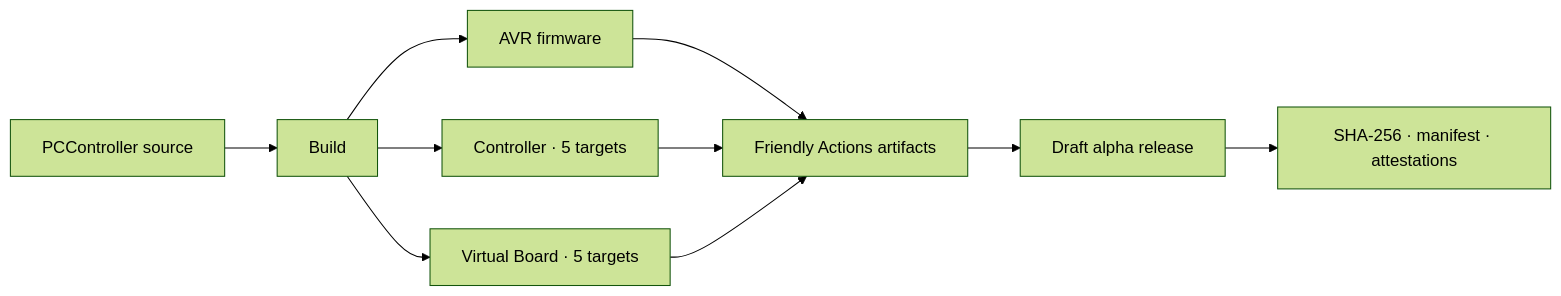
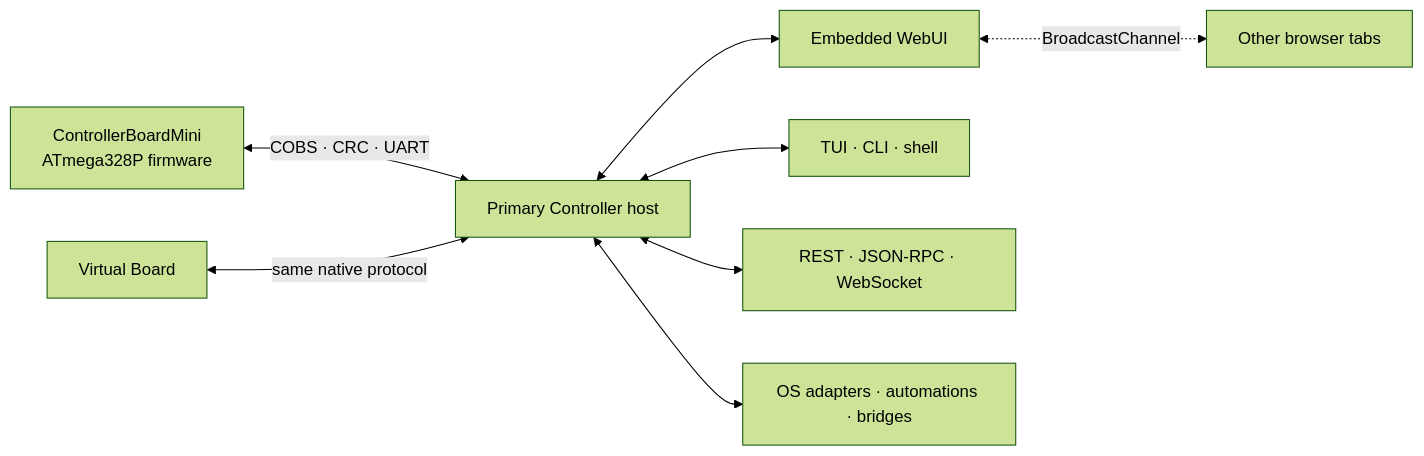
One commit to atomicdeploy/PCController changed the diagram in README.md. Above: the diagram before and after it, drawn with Mermaid (forest theme). The commit also changed other lines of this file and 463 other files, not shown here.

````diff
--- a/README.md
+++ b/README.md
@@ -89,12 +67,10 @@
 ```mermaid
 flowchart LR
-    S["PCController source"] --> B["Build"]
-    B --> F["AVR firmware"]
-    B --> C["Controller · 5 targets"]
-    B --> V["Virtual Board · 5 targets"]
-    F --> A["Friendly Actions artifacts"]
-    C --> A
-    V --> A
-    A --> R["Draft alpha release"]
-    R --> I["SHA-256 · manifest · attestations"]
+    B["ControllerBoardMini\nATmega328P firmware"] <-->|"COBS · CRC · UART"| P["Primary Controller host"]
+    P <--> W["Embedded WebUI"]
+    P <--> T["TUI · CLI · shell"]
+    P <--> A["REST · JSON-RPC · WebSocket"]
+    P <--> O["OS adapters · automations · bridges"]
+    V["Virtual Board"] <-->|"same native protocol"| P
+    W <-.->|"BroadcastChannel"| W2["Other browser tabs"]
 ```
````
